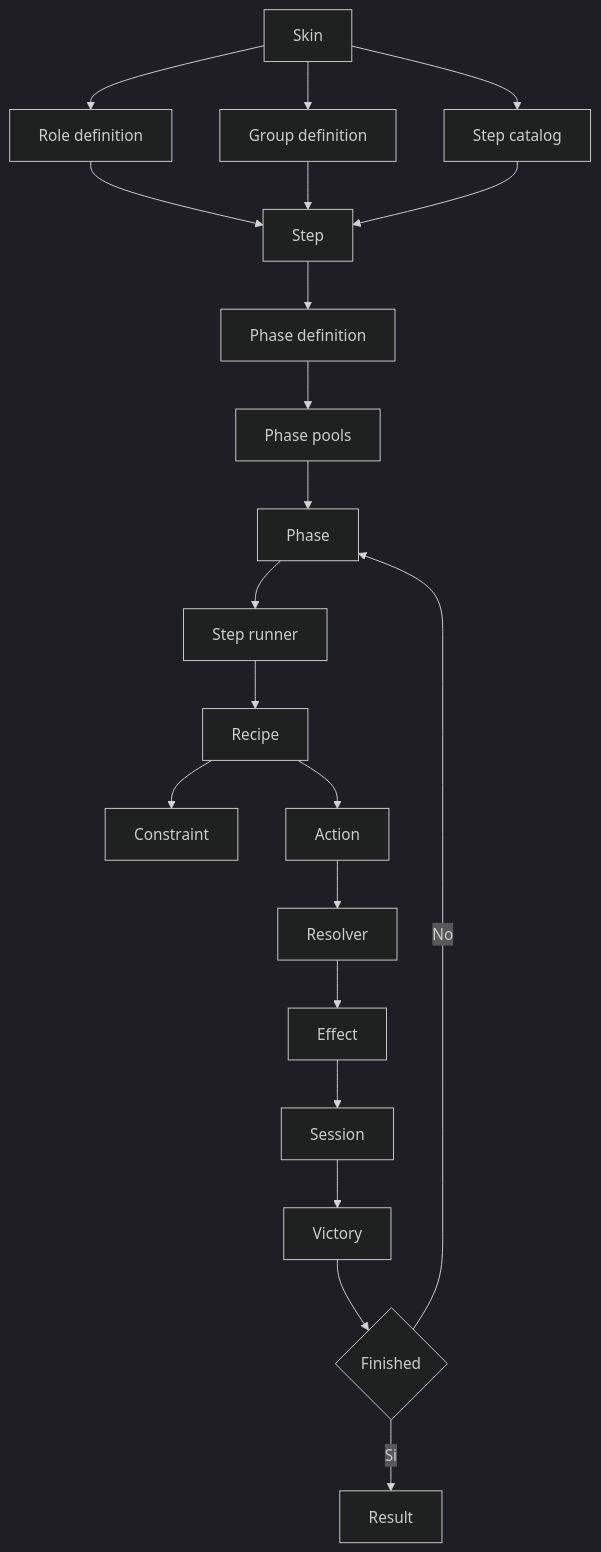
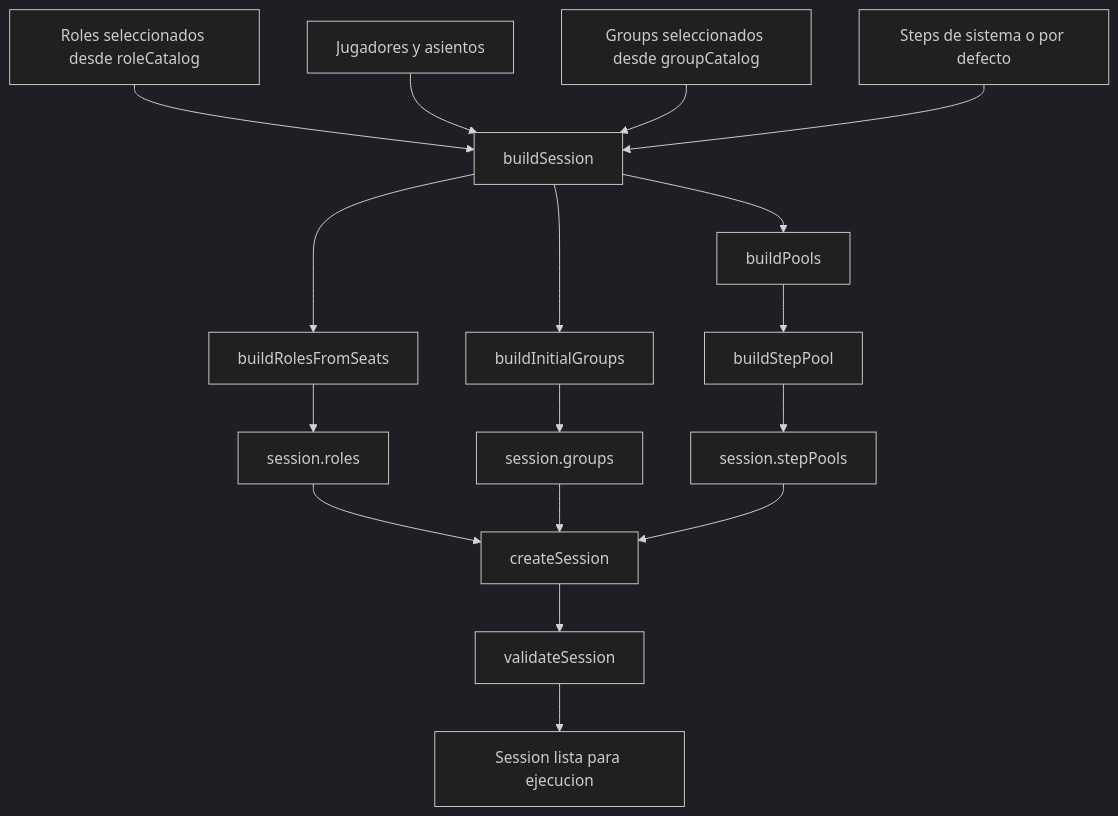
One commit to juanramonmorandeira/castronegro-director changed the second of 13 diagrams in docs/engine_flow_map.md. Above: the diagram before and after it, drawn with Mermaid (dark theme). The commit also changed other lines of this file and 43 other files, not shown here.

````diff
--- a/docs/engine_flow_map.md
+++ b/docs/engine_flow_map.md
@@ -8,42 +97,35 @@
 ```mermaid
 flowchart TD
-  A[Skin]
-  B[Role definition]
-  C[Group definition]
-  D[Step catalog]
-  E[Step]
-  F[Phase definition]
-  G[Phase pools]
-  H[Phase]
-  I[Step runner]
-  J[Recipe]
-  K[Constraint]
-  L[Action]
-  M[Resolver]
-  N[Effect]
-  O[Session]
-  P[Victory]
-  Q{Finished}
-  R[Result]
+  A[Roles seleccionados desde roleCatalog]
+  B[Jugadores y asientos]
+  C[Groups seleccionados desde groupCatalog]
+  D[Steps de sistema o por defecto]
+  E[buildSession]
+  F[buildRolesFromSeats]
+  G[buildInitialGroups]
+  H[buildPools]
+  I[buildStepPool]
+  J[createSession]
+  K[validateSession]
+  L[session.roles]
+  M[session.groups]
+  N[session.stepPools]
+  O[Session lista para ejecucion]
 
-  A --> B
-  A --> C
-  A --> D
+  A --> E
   B --> E
   C --> E
   D --> E
   E --> F
-  F --> G
-  G --> H
+  E --> G
+  E --> H
   H --> I
-  I --> J
+  F --> L
+  G --> M
+  I --> N
+  L --> J
+  M --> J
+  N --> J
   J --> K
-  J --> L
-  L --> M
-  M --> N
-  N --> O
-  O --> P
-  P --> Q
-  Q -->|No| H
-  Q -->|Si| R
+  K --> O
 ```
````
